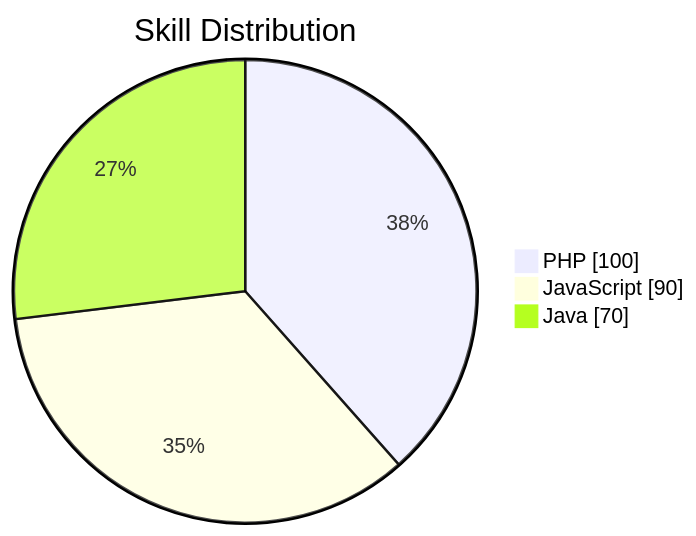
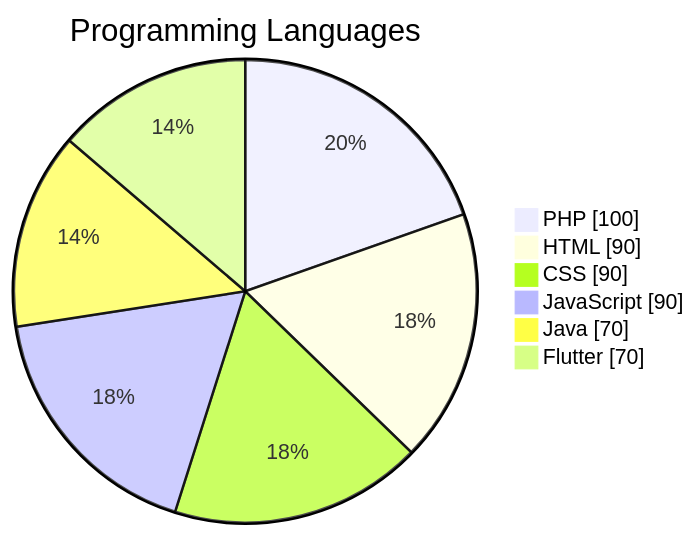
One commit to faisalsyarief/faisalsyarief changed the diagram in README.md. Above: the diagram before and after it, drawn with Mermaid. The commit also changed other lines of this file, not shown here.

````diff
--- a/README.md
+++ b/README.md
@@ -20,7 +7,10 @@
 ```mermaid
 pie showData
-    title Skill Distribution
+    title Programming Languages
     "PHP": 100
+    "HTML": 90
+    "CSS": 90
     "JavaScript": 90
     "Java": 70
+    "Flutter": 70
 ```
````
